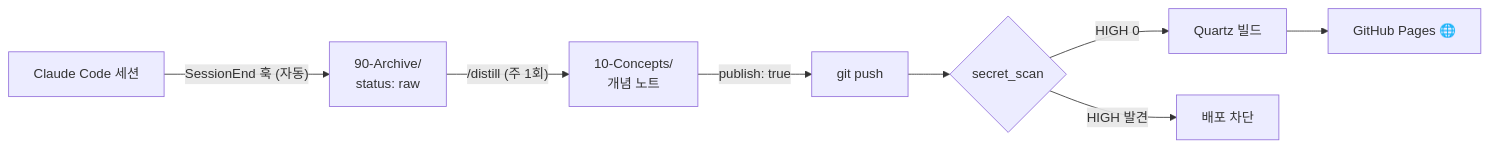
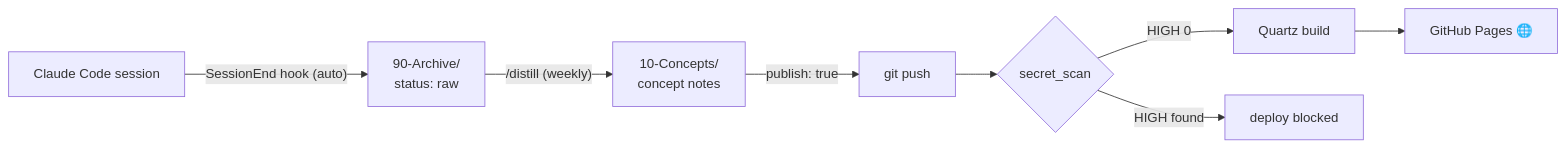
The diagram in README.md (joon56/my-llm-wiki), drawn with Mermaid before and after one commit. The commit also changed other lines of this file and 1 other file, not shown here.

````diff
--- a/README.md
+++ b/README.md
@@ -24,10 +26,10 @@
 ```mermaid
 flowchart LR
-    A["Claude Code 세션"] -->|"SessionEnd 훅 (자동)"| B["90-Archive/\nstatus: raw"]
-    B -->|"/distill (주 1회)"| C["10-Concepts/\n개념 노트"]
+    A["Claude Code session"] -->|"SessionEnd hook (auto)"| B["90-Archive/\nstatus: raw"]
+    B -->|"/distill (weekly)"| C["10-Concepts/\nconcept notes"]
     C -->|"publish: true"| D["git push"]
     D --> E{"secret_scan"}
-    E -->|"HIGH 0"| F["Quartz 빌드"]
-    E -->|"HIGH 발견"| X["배포 차단"]
+    E -->|"HIGH 0"| F["Quartz build"]
+    E -->|"HIGH found"| X["deploy blocked"]
     F --> G["GitHub Pages 🌐"]
 ```
````
